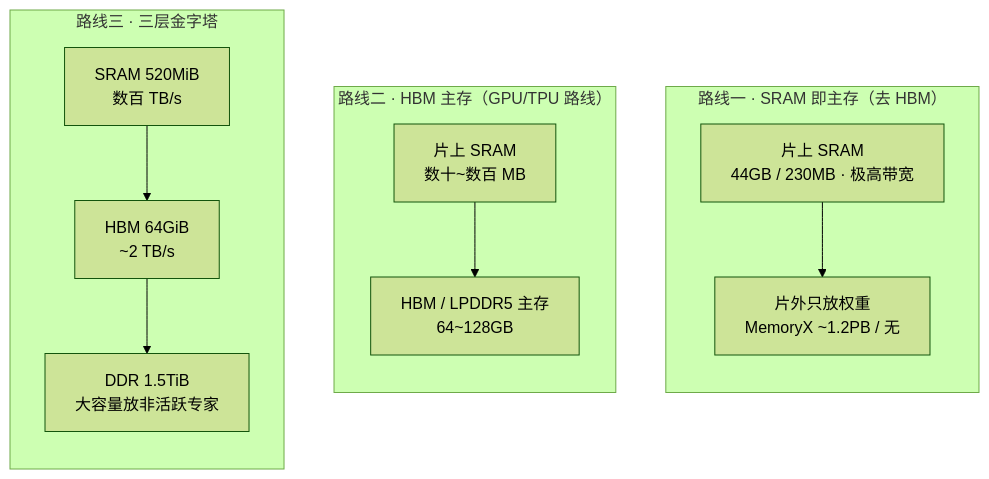
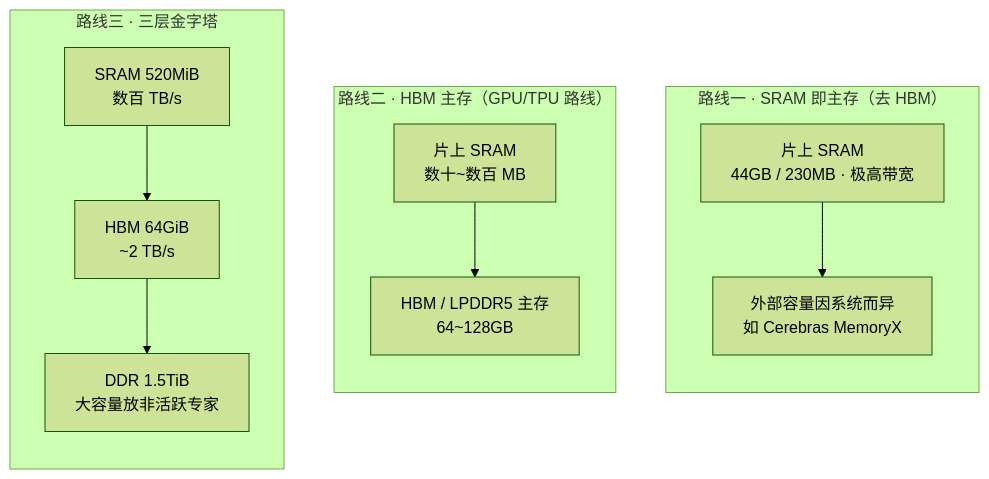
The fifth of 17 diagrams in series/chip-architectures/云端推理芯片架构横向对比报告.md (microarch-flow/wiki), drawn with Mermaid (forest theme) before and after one commit. The commit also changed other lines of this file and 7 other files, not shown here.

````diff
--- a/series/chip-architectures/云端推理芯片架构横向对比报告.md
+++ b/series/chip-architectures/云端推理芯片架构横向对比报告.md
@@ -195,15 +197,15 @@
 ```mermaid
 graph TB
   subgraph R1["路线一 · SRAM 即主存（去 HBM）"]
     direction TB
-    A1["片上 SRAM<br/>44GB / 230MB · 极高带宽"] --> A2["片外只放权重<br/>MemoryX ~1.2PB / 无"]
+    A1["片上 SRAM<br/>44GB / 230MB · 极高带宽"] --> A2["外部容量因系统而异<br/>如 Cerebras MemoryX"]
   end
   subgraph R2["路线二 · HBM 主存（GPU/TPU 路线）"]
     direction TB
     B1["片上 SRAM<br/>数十~数百 MB"] --> B2["HBM / LPDDR5 主存<br/>64~128GB"]
   end
   subgraph R3["路线三 · 三层金字塔"]
     direction TB
     C1["SRAM 520MiB<br/>数百 TB/s"] --> C2["HBM 64GiB<br/>~2 TB/s"] --> C3["DDR 1.5TiB<br/>大容量放非活跃专家"]
   end
 ```
````
